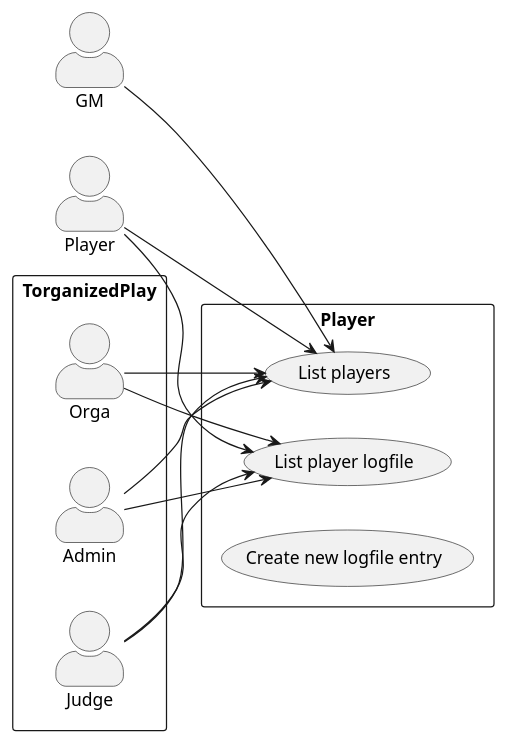
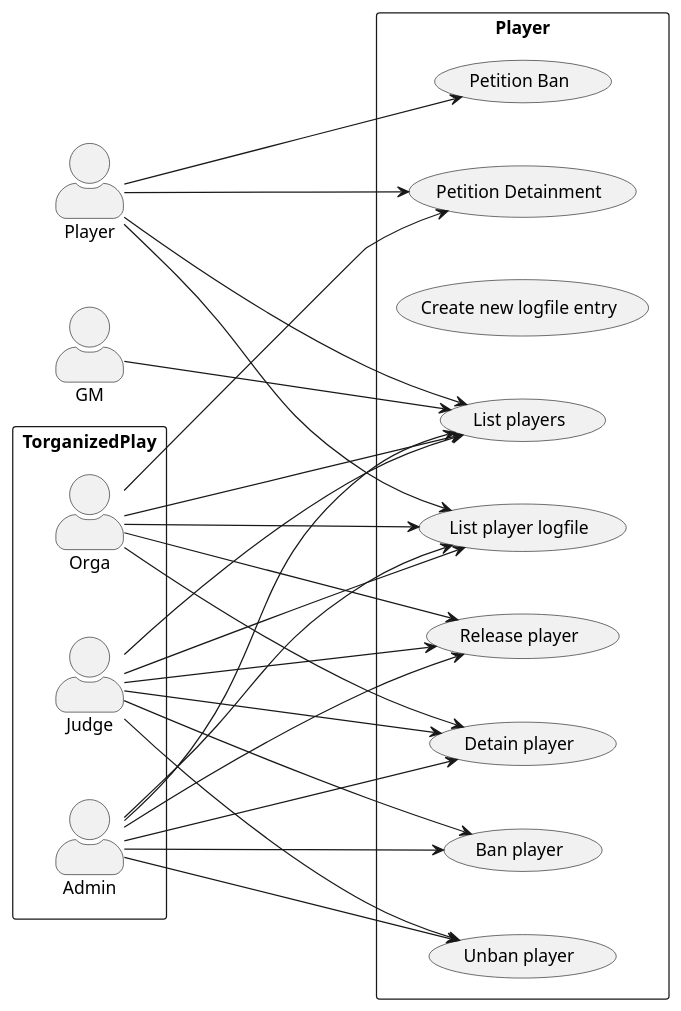
The fifth of 6 diagrams in src/main/docs/src/03_system_scope_and_context.adoc (Paladins-Inn/torganized-play-architecture), drawn with PlantUML before and after one commit. The commit also changed other lines of this file and 30 other files, not shown here.

```diff
--- a/src/main/docs/src/03_system_scope_and_context.adoc
+++ b/src/main/docs/src/03_system_scope_and_context.adoc
@@ -177,34 +190,57 @@
 [plantuml,business-context-player,svg]
 ....
 @startuml
 left to right direction
 skinparam actorStyle awesome
+skinparam nodesep 50
+skinparam ranksep 200
 
 actor Player as player
 actor GM as gm
 
 rectangle TorganizedPlay {
     actor Judge as judge
     actor Orga as orga
     actor Admin as admin
 }
 
 rectangle Player {
     usecase "List players" as ulist
     usecase "List player logfile" as ulogfile
 
     usecase "Create new logfile entry" as ulog
+
+    usecase "Detain player" as udetain
+    usecase "Petition Detainment" as udetainpetition
+    usecase "Release player" as urelease
+
+    usecase "Ban player" as uban
+    usecase "Petition Ban" as ubanpetition
+    usecase "Unban player" as uunban
 }
 
 player --> ulist
 player --> ulogfile
+player --> udetainpetition
+player --> ubanpetition
 gm --> ulist
 judge --> ulist
 judge --> ulogfile
+judge --> uban
+judge --> uunban
+judge --> udetain
+judge --> urelease
 orga --> ulist
 orga --> ulogfile
+orga --> udetain
+orga --> urelease
+orga --> udetainpetition
 admin --> ulist
 admin --> ulogfile
+admin --> uban
+admin --> uunban
+admin --> udetain
+admin --> urelease
 
 @enduml
 ....
```
